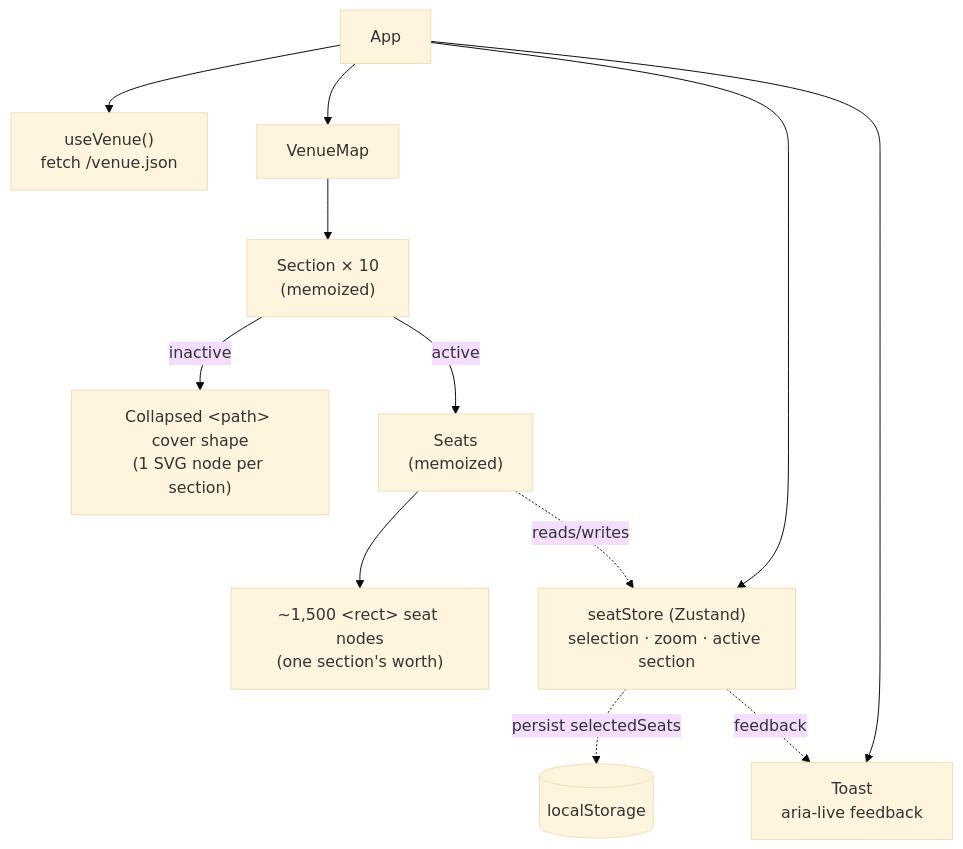
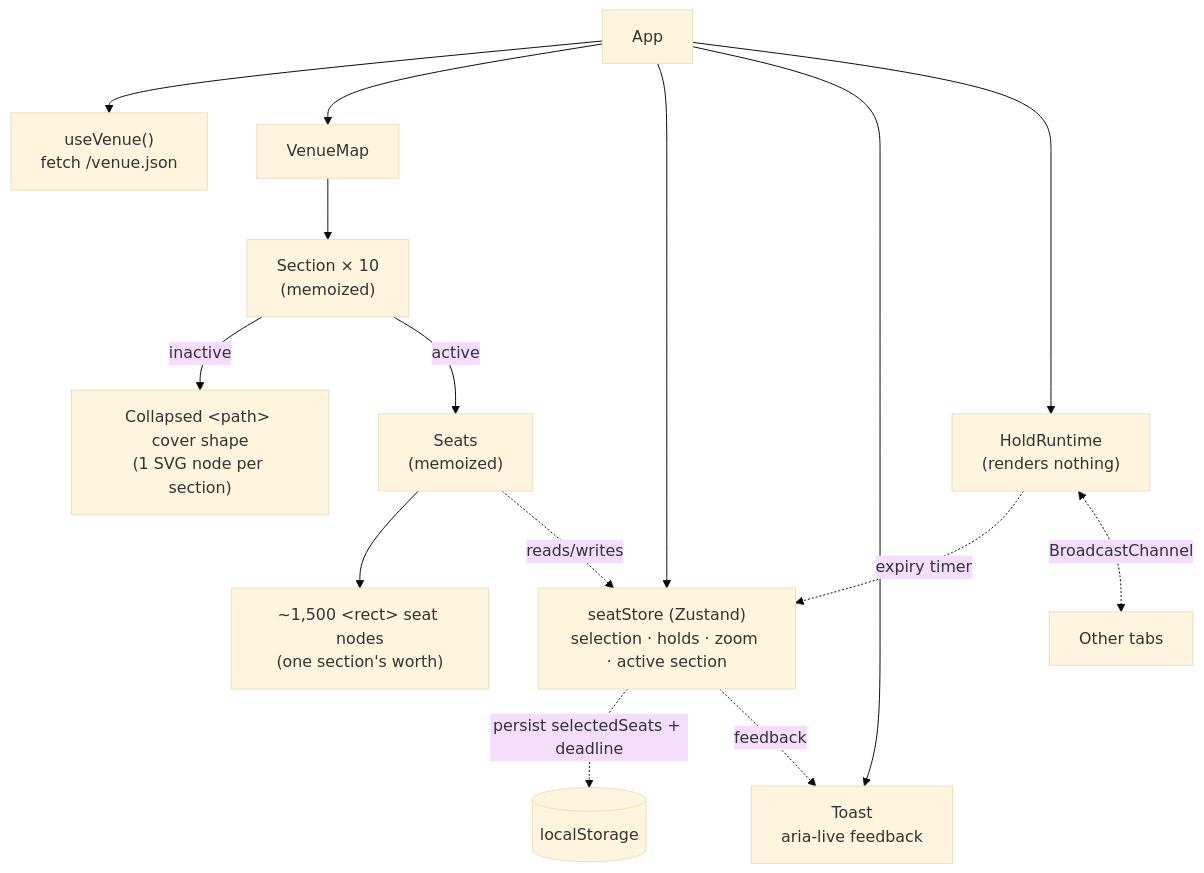
Before and after one commit to webvoltz/Interactive-Event-Seating-Map: the diagram in README.md, drawn with Mermaid (base theme). The commit also changed other lines of this file and 3 other files, not shown here.

First line of the commit message:
docs: document the best-seats solver and live seat-hold contention

````diff
--- a/README.md
+++ b/README.md
@@ -43,14 +43,17 @@
 ```mermaid
 flowchart TD
     A[App] --> B["useVenue()<br/>fetch /venue.json"]
     A --> C[VenueMap]
     C --> D["Section × 10<br/>(memoized)"]
     D -->|inactive| E["Collapsed &lt;path&gt; cover shape<br/>(1 SVG node per section)"]
     D -->|active| F["Seats<br/>(memoized)"]
     F --> G["~1,500 &lt;rect&gt; seat nodes<br/>(one section's worth)"]
-    A --> H["seatStore (Zustand)<br/>selection · zoom · active section"]
-    H -.->|persist selectedSeats| I[(localStorage)]
+    A --> H["seatStore (Zustand)<br/>selection · holds · zoom · active section"]
+    H -.->|persist selectedSeats + deadline| I[(localStorage)]
     F -.reads/writes.-> H
     A --> J[Toast<br/>aria-live feedback]
     H -.->|feedback| J
+    A --> K["HoldRuntime<br/>(renders nothing)"]
+    K -.expiry timer.-> H
+    K <-.BroadcastChannel.-> L["Other tabs"]
 ```
````
